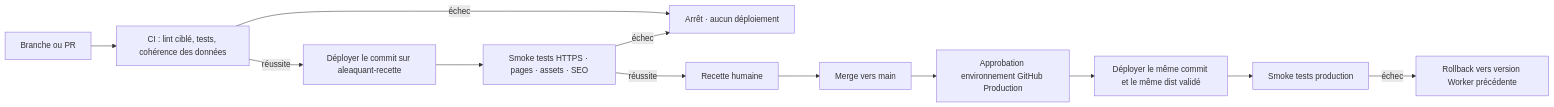
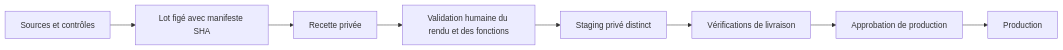
One commit to christophecr-bit/aleaquant changed the diagram in docs/CI-STAGING-PRODUCTION.md. Above: the diagram before and after it, drawn with Mermaid. The commit also changed other lines of this file and 13 other files, not shown here.

Commit message:
feat(recette): isoler la validation Cloudflare avant staging

````diff
--- a/docs/CI-STAGING-PRODUCTION.md
+++ b/docs/CI-STAGING-PRODUCTION.md
@@ -41,14 +48,10 @@
 ```mermaid
 flowchart LR
-  A[Branche ou PR] --> B[CI : lint ciblé, tests, cohérence des données]
-  B -->|échec| X[Arrêt · aucun déploiement]
-  B -->|réussite| C[Déployer le commit sur aleaquant-recette]
-  C --> D[Smoke tests HTTPS · pages · assets · SEO]
-  D -->|échec| X
-  D -->|réussite| E[Recette humaine]
-  E --> F[Merge vers main]
-  F --> G[Approbation environnement GitHub Production]
-  G --> H[Déployer le même commit et le même dist validé]
-  H --> I[Smoke tests production]
-  I -->|échec| J[Rollback vers version Worker précédente]
+  A[Sources et contrôles] --> B[Lot figé avec manifeste SHA]
+  B --> C[Recette privée]
+  C --> D[Validation humaine du rendu et des fonctions]
+  D --> E[Staging privé distinct]
+  E --> F[Vérifications de livraison]
+  F --> G[Approbation de production]
+  G --> H[Production]
 ```
````
